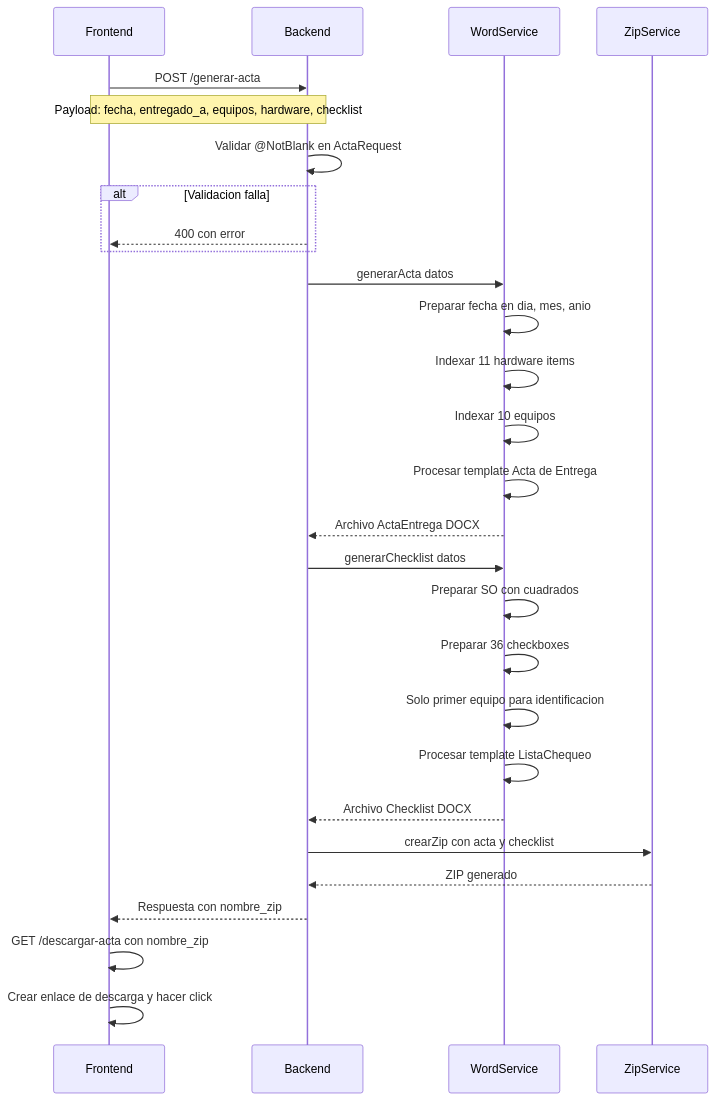
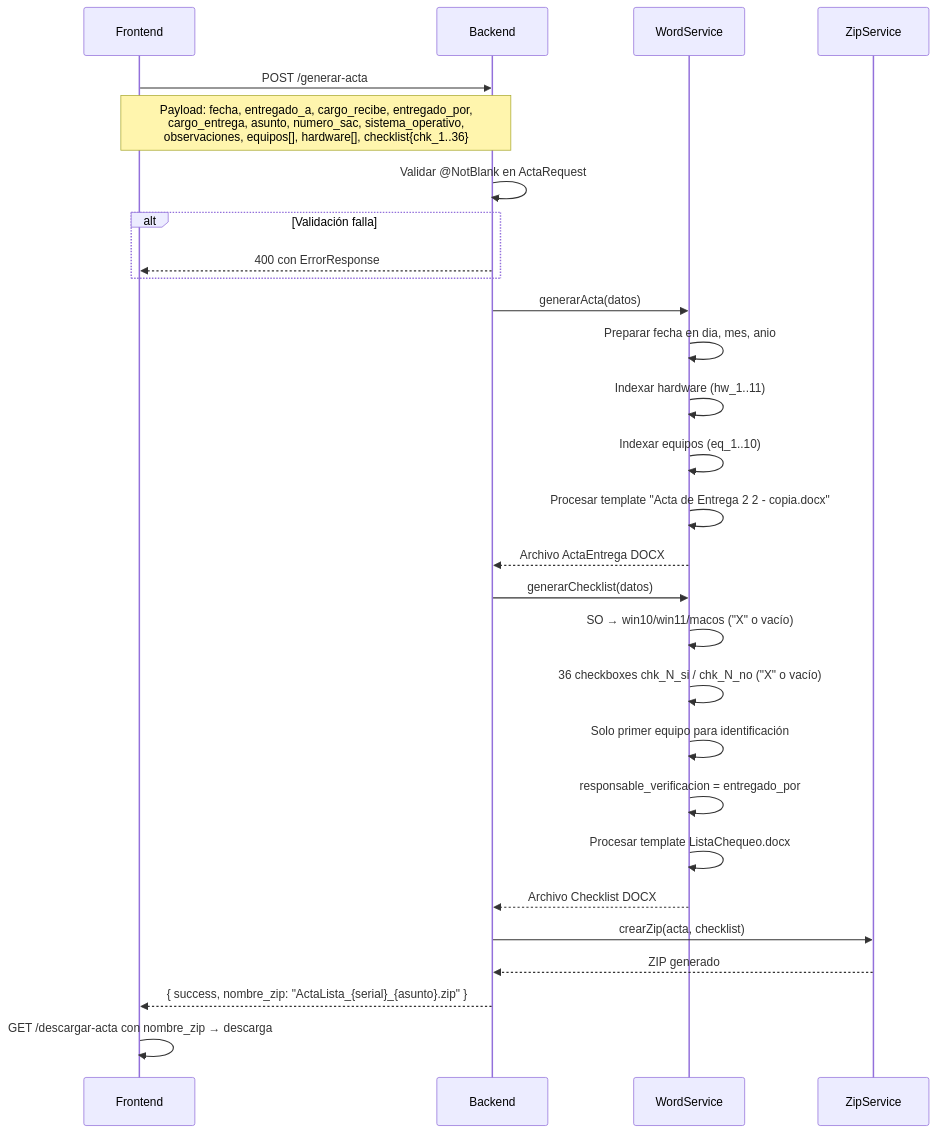
Before and after one commit to juanjosehc/actas-glpi: the third of 11 diagrams in FLUJO_FUNCIONAL.md, drawn with Mermaid. The commit also changed other lines of this file and 16 other files, not shown here.

````diff
--- a/FLUJO_FUNCIONAL.md
+++ b/FLUJO_FUNCIONAL.md
@@ -99,37 +99,36 @@
 ```mermaid
 sequenceDiagram
     participant U as Frontend
     participant B as Backend
     participant W as WordService
     participant Z as ZipService
 
     U->>B: POST /generar-acta
-    Note over U,B: Payload: fecha, entregado_a, equipos, hardware, checklist
+    Note over U,B: Payload: fecha, entregado_a, cargo_recibe, entregado_por,<br/>cargo_entrega, asunto, numero_sac, sistema_operativo,<br/>observaciones, equipos[], hardware[], checklist{chk_1..36}
 
     B->>B: Validar @NotBlank en ActaRequest
-    alt Validacion falla
-        B-->>U: 400 con error
+    alt Validación falla
+        B-->>U: 400 con ErrorResponse
     end
 
-    B->>W: generarActa datos
+    B->>W: generarActa(datos)
     W->>W: Preparar fecha en dia, mes, anio
-    W->>W: Indexar 11 hardware items
-    W->>W: Indexar 10 equipos
-    W->>W: Procesar template Acta de Entrega
+    W->>W: Indexar hardware (hw_1..11)
+    W->>W: Indexar equipos (eq_1..10)
+    W->>W: Procesar template "Acta de Entrega 2 2 - copia.docx"
     W-->>B: Archivo ActaEntrega DOCX
 
-    B->>W: generarChecklist datos
-    W->>W: Preparar SO con cuadrados
-    W->>W: Preparar 36 checkboxes
-    W->>W: Solo primer equipo para identificacion
-    W->>W: Procesar template ListaChequeo
+    B->>W: generarChecklist(datos)
+    W->>W: SO → win10/win11/macos ("X" o vacío)
+    W->>W: 36 checkboxes chk_N_si / chk_N_no ("X" o vacío)
+    W->>W: Solo primer equipo para identificación
+    W->>W: responsable_verificacion = entregado_por
+    W->>W: Procesar template ListaChequeo.docx
     W-->>B: Archivo Checklist DOCX
 
-    B->>Z: crearZip con acta y checklist
+    B->>Z: crearZip(acta, checklist)
     Z-->>B: ZIP generado
 
-    B-->>U: Respuesta con nombre_zip
-
-    U->>U: GET /descargar-acta con nombre_zip
-    U->>U: Crear enlace de descarga y hacer click
+    B-->>U: { success, nombre_zip: "ActaLista_{serial}_{asunto}.zip" }
+    U->>U: GET /descargar-acta con nombre_zip → descarga
 ```
````
